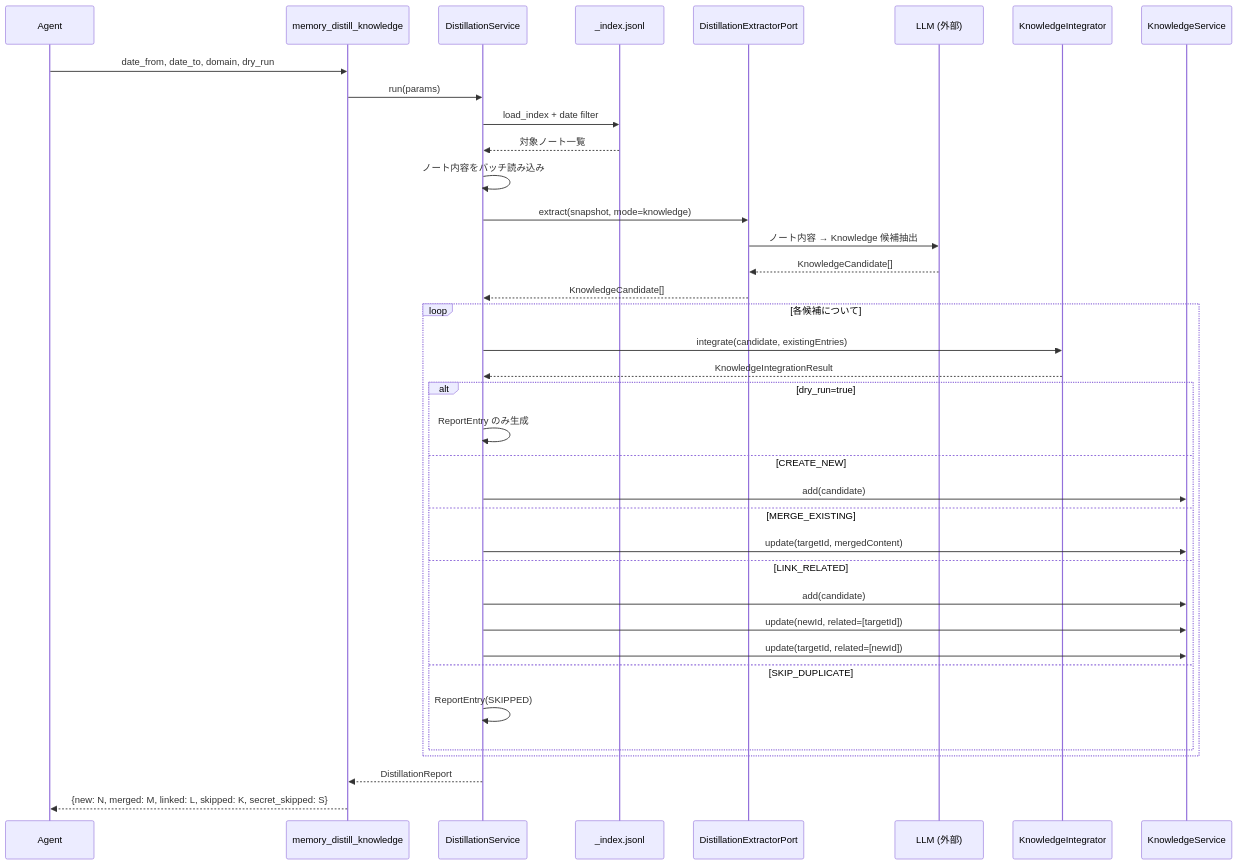
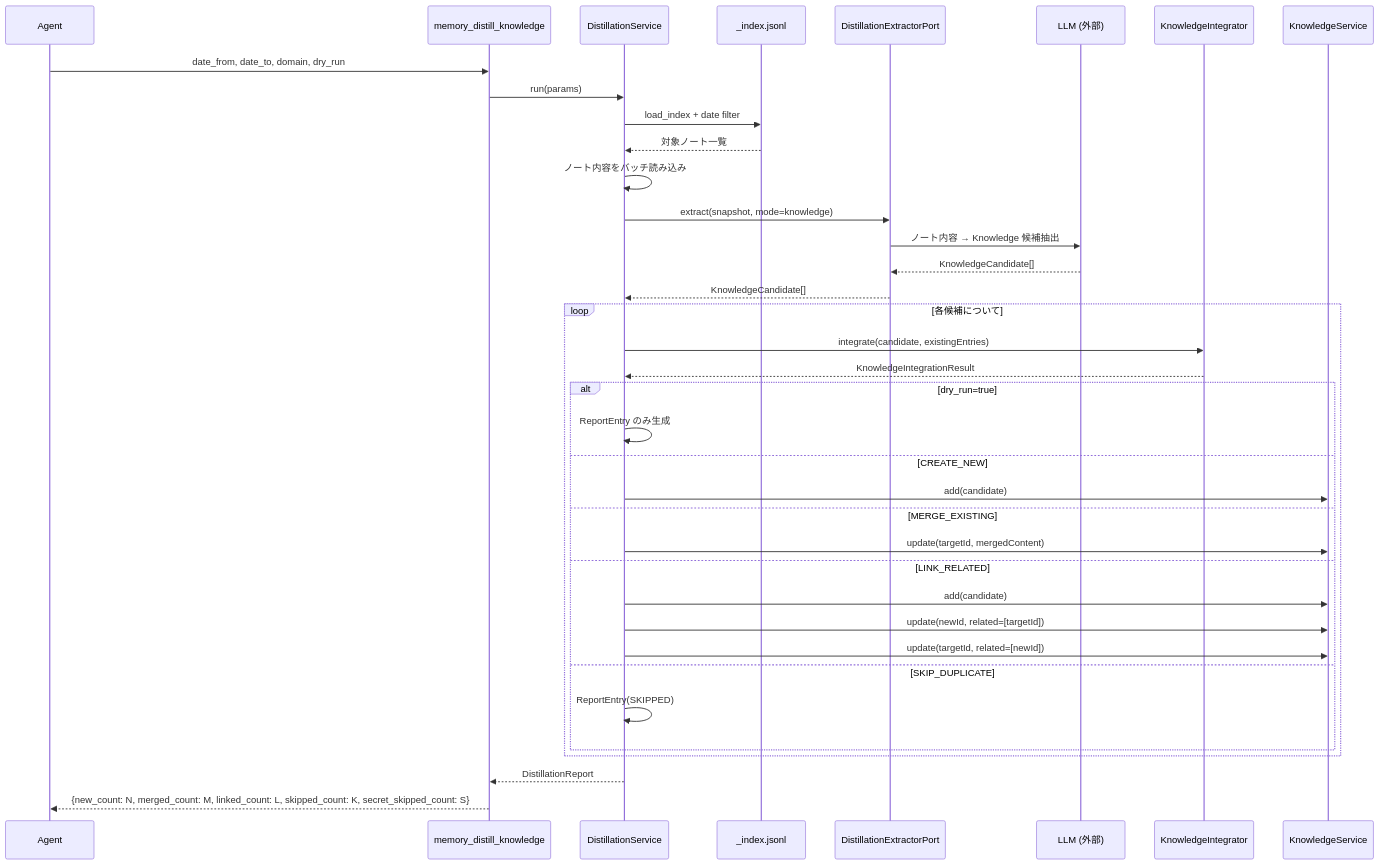
The fourth of 7 diagrams in docs/design/ARCHITECTURE-knowledge-values.md (RK0429/agentic-memory), drawn with Mermaid before and after one commit. The commit also changed other lines of this file and 2 other files, not shown here.

````diff
--- a/docs/design/ARCHITECTURE-knowledge-values.md
+++ b/docs/design/ARCHITECTURE-knowledge-values.md
@@ -247,42 +247,42 @@
 ```mermaid
 sequenceDiagram
     participant A as Agent
     participant DT as memory_distill_knowledge
     participant DS as DistillationService
     participant IX as _index.jsonl
     participant DX as DistillationExtractorPort
     participant LLM as LLM (外部)
     participant KI as KnowledgeIntegrator
     participant KS as KnowledgeService
 
     A->>DT: date_from, date_to, domain, dry_run
     DT->>DS: run(params)
     DS->>IX: load_index + date filter
     IX-->>DS: 対象ノート一覧
     DS->>DS: ノート内容をバッチ読み込み
     DS->>DX: extract(snapshot, mode=knowledge)
     DX->>LLM: ノート内容 → Knowledge 候補抽出
     LLM-->>DX: KnowledgeCandidate[]
     DX-->>DS: KnowledgeCandidate[]
 
     loop 各候補について
         DS->>KI: integrate(candidate, existingEntries)
         KI-->>DS: KnowledgeIntegrationResult
         alt dry_run=true
             DS->>DS: ReportEntry のみ生成
         else CREATE_NEW
             DS->>KS: add(candidate)
         else MERGE_EXISTING
             DS->>KS: update(targetId, mergedContent)
         else LINK_RELATED
             DS->>KS: add(candidate)
             DS->>KS: update(newId, related=[targetId])
             DS->>KS: update(targetId, related=[newId])
         else SKIP_DUPLICATE
             DS->>DS: ReportEntry(SKIPPED)
         end
     end
 
     DS-->>DT: DistillationReport
-    DT-->>A: {new: N, merged: M, linked: L, skipped: K, secret_skipped: S}
+    DT-->>A: {new_count: N, merged_count: M, linked_count: L, skipped_count: K, secret_skipped_count: S}
 ```
````
